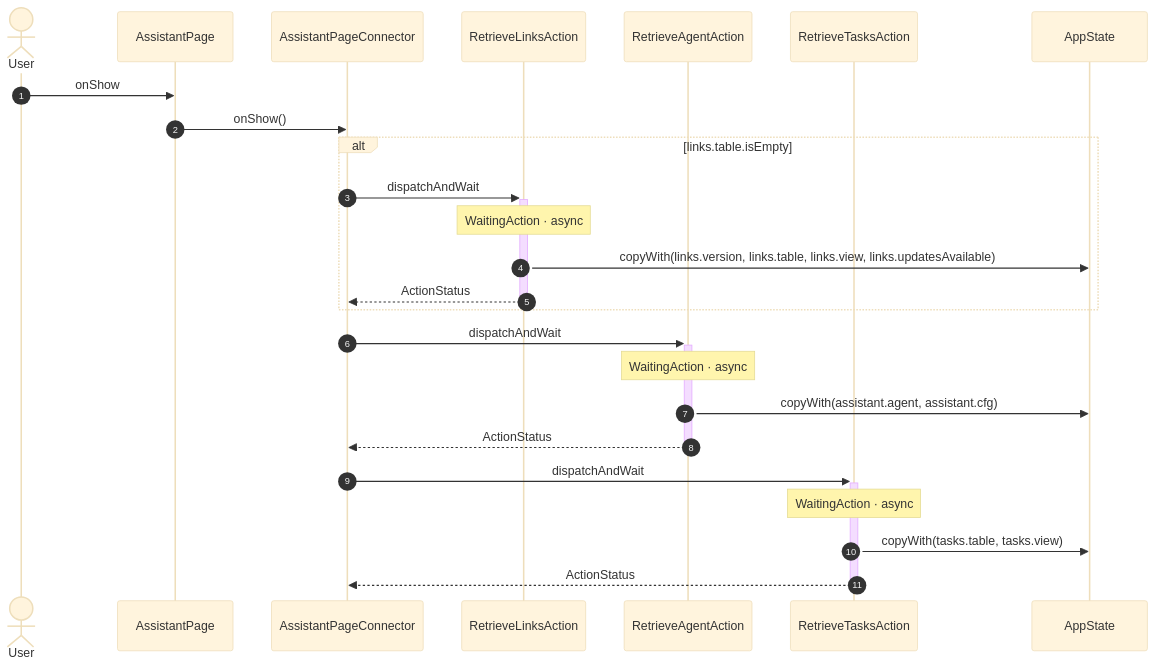
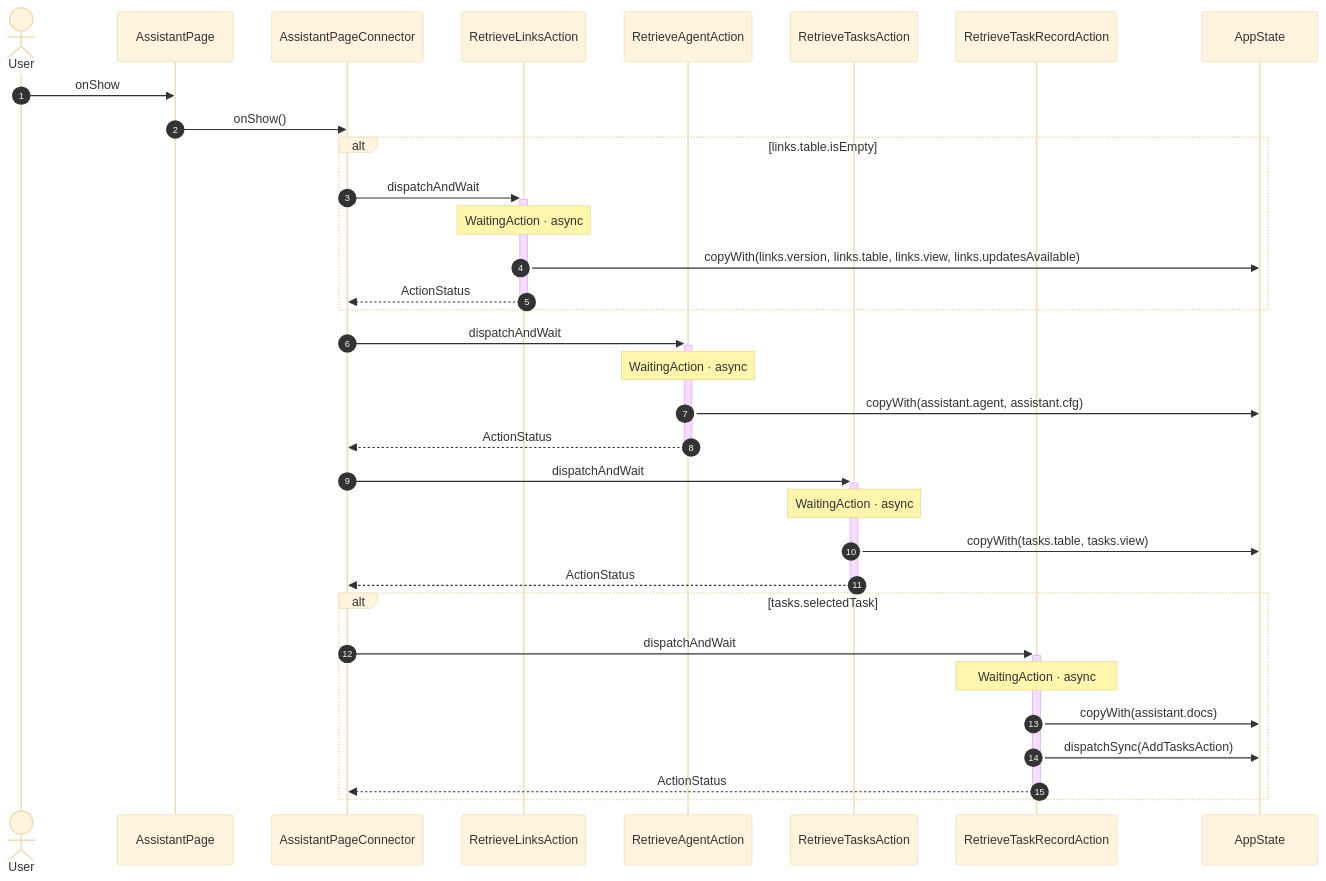
One commit to gencto/wyrm changed the first of 8 diagrams in studio/docs/flows/assistant.md. Above: the diagram before and after it, drawn with Mermaid (base theme). The commit also changed other lines of this file and 24 other files, not shown here.

First line of the commit message:
studio: the Assistant reads a task's record and shows its plan

````diff
--- a/studio/docs/flows/assistant.md
+++ b/studio/docs/flows/assistant.md
@@ -9,28 +9,36 @@
 ```mermaid
 sequenceDiagram
     autonumber
     actor User
     participant UI as AssistantPage
     participant VM as AssistantPageConnector
     participant A1 as RetrieveLinksAction
     participant A2 as RetrieveAgentAction
     participant A3 as RetrieveTasksAction
+    participant A4 as RetrieveTaskRecordAction
     participant ST as AppState
 
     User->>UI: onShow
     UI->>VM: onShow()
     alt links.table.isEmpty
         VM->>+A1: dispatchAndWait
         Note over A1: WaitingAction · async
         A1->>ST: copyWith(links.version, links.table, links.view, links.updatesAvailable)
         A1-->>-VM: ActionStatus
     end
     VM->>+A2: dispatchAndWait
     Note over A2: WaitingAction · async
     A2->>ST: copyWith(assistant.agent, assistant.cfg)
     A2-->>-VM: ActionStatus
     VM->>+A3: dispatchAndWait
     Note over A3: WaitingAction · async
     A3->>ST: copyWith(tasks.table, tasks.view)
     A3-->>-VM: ActionStatus
+    alt tasks.selectedTask
+        VM->>+A4: dispatchAndWait
+        Note over A4: WaitingAction · async
+        A4->>ST: copyWith(assistant.docs)
+        A4->>ST: dispatchSync(AddTasksAction)
+        A4-->>-VM: ActionStatus
+    end
 ```
````
